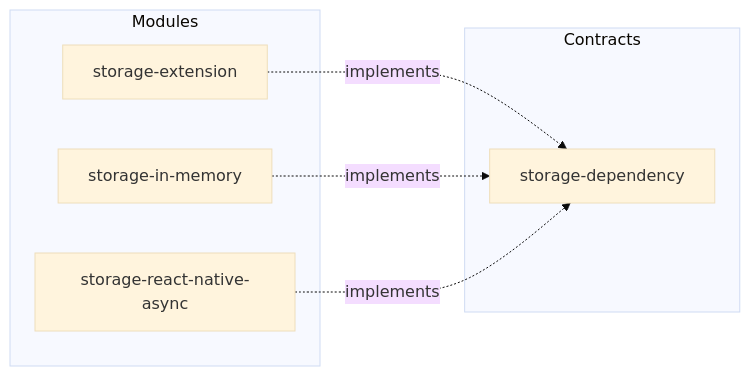
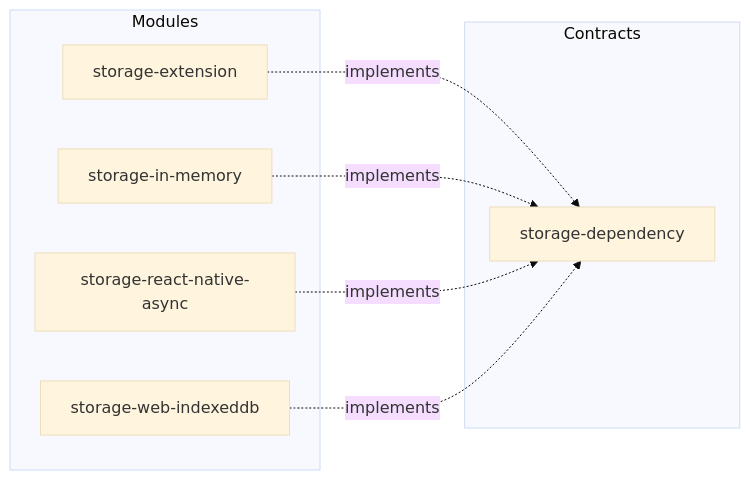
Before and after one commit to input-output-hk/lace: diagram 28 of 32 in docs/contracts-and-modules.md, drawn with Mermaid (base theme). The commit also changed other lines of this file and 1549 other files, not shown here.

````diff
--- a/docs/contracts-and-modules.md
+++ b/docs/contracts-and-modules.md
@@ -647,14 +682,16 @@
 ```mermaid
 graph LR
   subgraph Contracts
     storage-dependency["storage-dependency"]
   end
   subgraph Modules
     module_0["storage-extension"]
     module_1["storage-in-memory"]
     module_2["storage-react-native-async"]
+    module_3["storage-web-indexeddb"]
   end
   module_0 -.->|implements| storage-dependency
   module_1 -.->|implements| storage-dependency
   module_2 -.->|implements| storage-dependency
+  module_3 -.->|implements| storage-dependency
 ```
````
